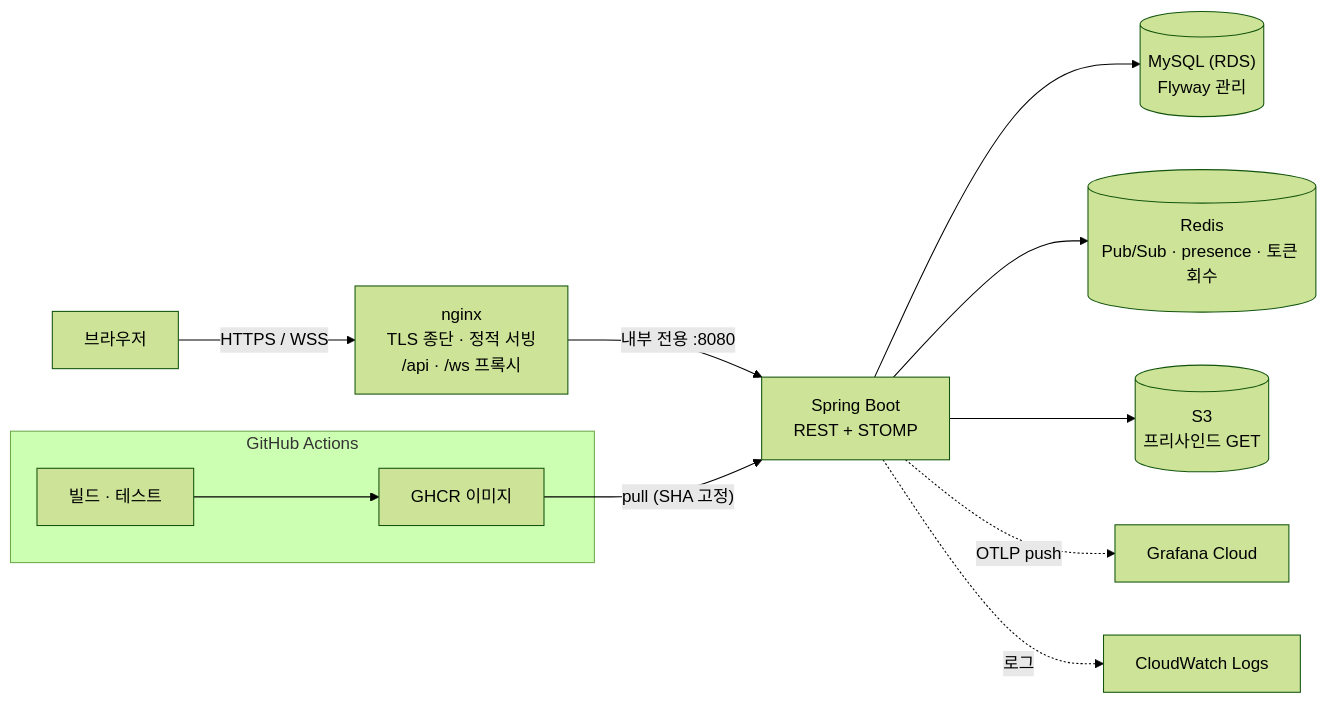
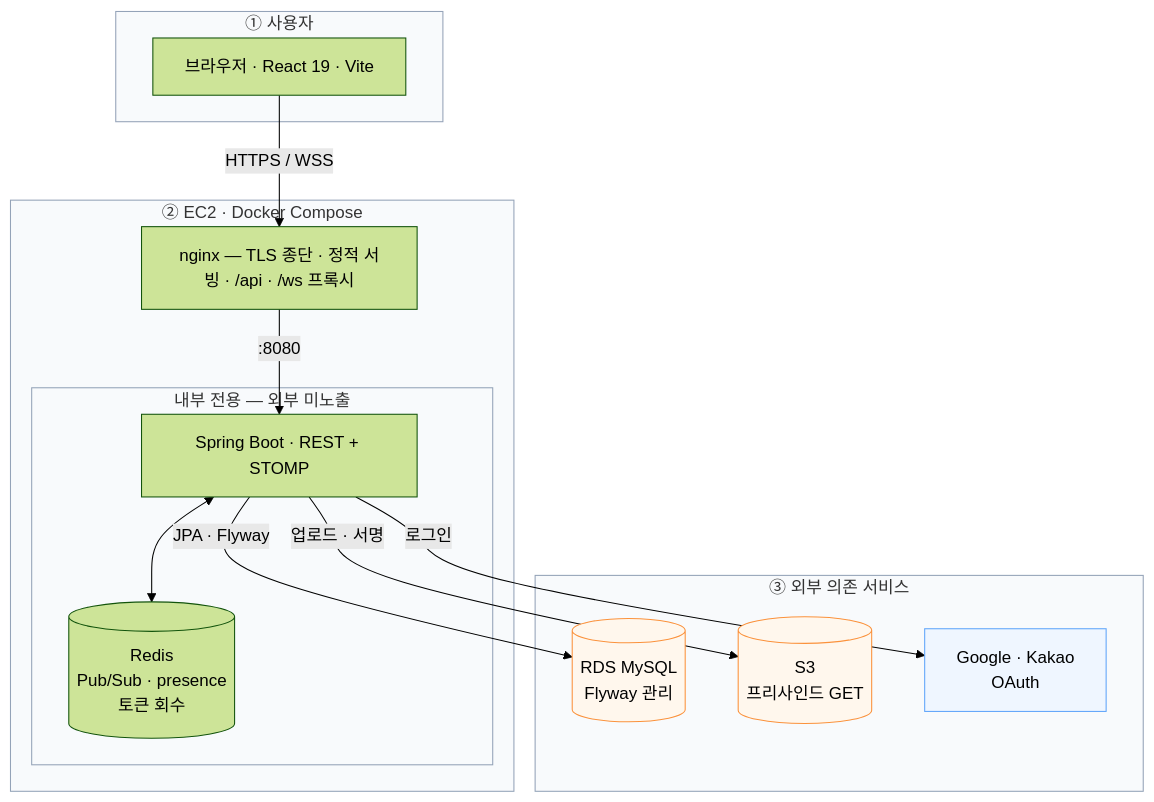
Before and after one commit to storyrago/Sage: the first of 3 diagrams in README.md, drawn with Mermaid (forest theme). The commit also changed other lines of this file, not shown here.

First line of the commit message:
docs: 아키텍처를 구역별 다이어그램으로 다시 그린다

````diff
--- a/README.md
+++ b/README.md
@@ -100,15 +109,34 @@
 ```mermaid
-flowchart LR
-    U["브라우저"] -->|HTTPS / WSS| N["nginx<br/>TLS 종단 · 정적 서빙<br/>/api · /ws 프록시"]
-    N -->|"내부 전용 :8080"| A["Spring Boot<br/>REST + STOMP"]
-    A --> DB[("MySQL (RDS)<br/>Flyway 관리")]
-    A --> R[("Redis<br/>Pub/Sub · presence · 토큰 회수")]
-    A --> S3[("S3<br/>프리사인드 GET")]
-    A -.->|OTLP push| G["Grafana Cloud"]
-    A -.->|로그| CW["CloudWatch Logs"]
+flowchart TB
+    subgraph CLIENT["① 사용자"]
+        U["브라우저 · React 19 · Vite"]
+    end
 
-    subgraph CI["GitHub Actions"]
-        B["빌드 · 테스트"] --> GH["GHCR 이미지"]
+    subgraph EC2["② EC2 · Docker Compose"]
+        N["nginx — TLS 종단 · 정적 서빙 · /api · /ws 프록시"]
+        subgraph PRIV["내부 전용 — 외부 미노출"]
+            A["Spring Boot · REST + STOMP"]
+            R[("Redis<br/>Pub/Sub · presence<br/>토큰 회수")]
+        end
     end
-    GH -->|"pull (SHA 고정)"| A
+
+    subgraph DEPS["③ 외부 의존 서비스"]
+        DB[("RDS MySQL<br/>Flyway 관리")]
+        S3[("S3<br/>프리사인드 GET")]
+        OAUTH["Google · Kakao<br/>OAuth"]
+    end
+
+    U -->|"HTTPS / WSS"| N
+    N -->|":8080"| A
+    A <--> R
+    A -->|"JPA · Flyway"| DB
+    A -->|"업로드 · 서명"| S3
+    A -->|"로그인"| OAUTH
+
+    classDef zone fill:#f8fafc,stroke:#94a3b8
+    classDef aws fill:#fff7ed,stroke:#fb923c
+    classDef ext fill:#eff6ff,stroke:#60a5fa
+    class CLIENT,EC2,PRIV,DEPS zone
+    class DB,S3 aws
+    class OAUTH ext
 ```
````
